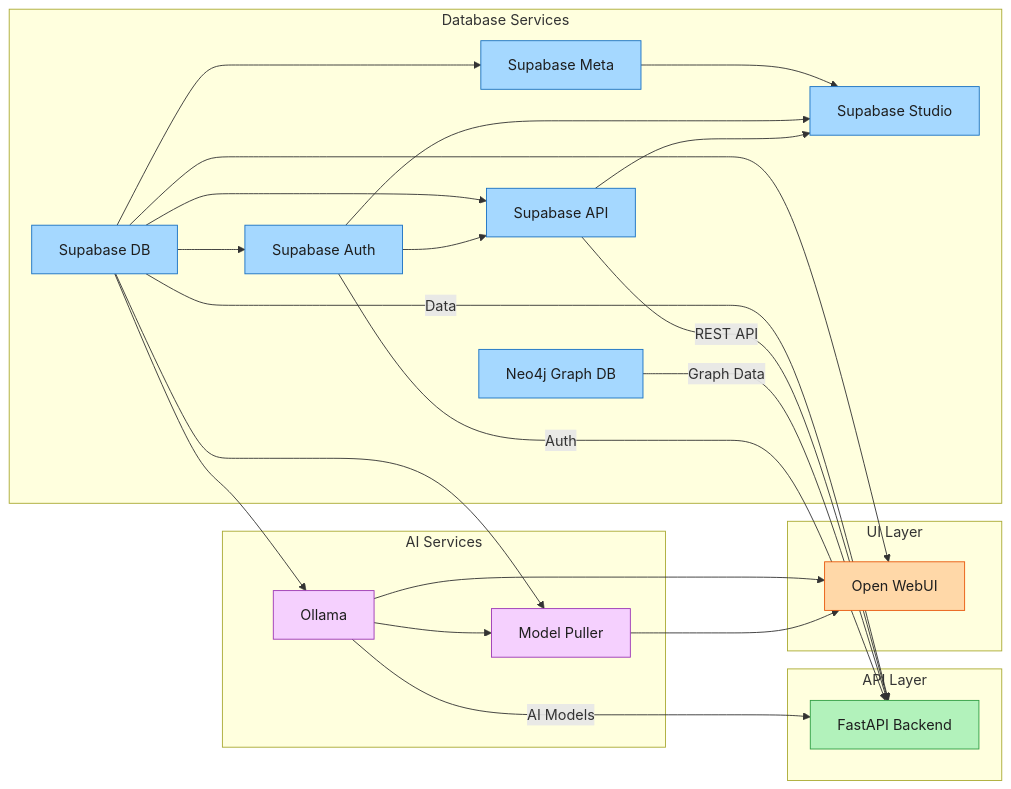
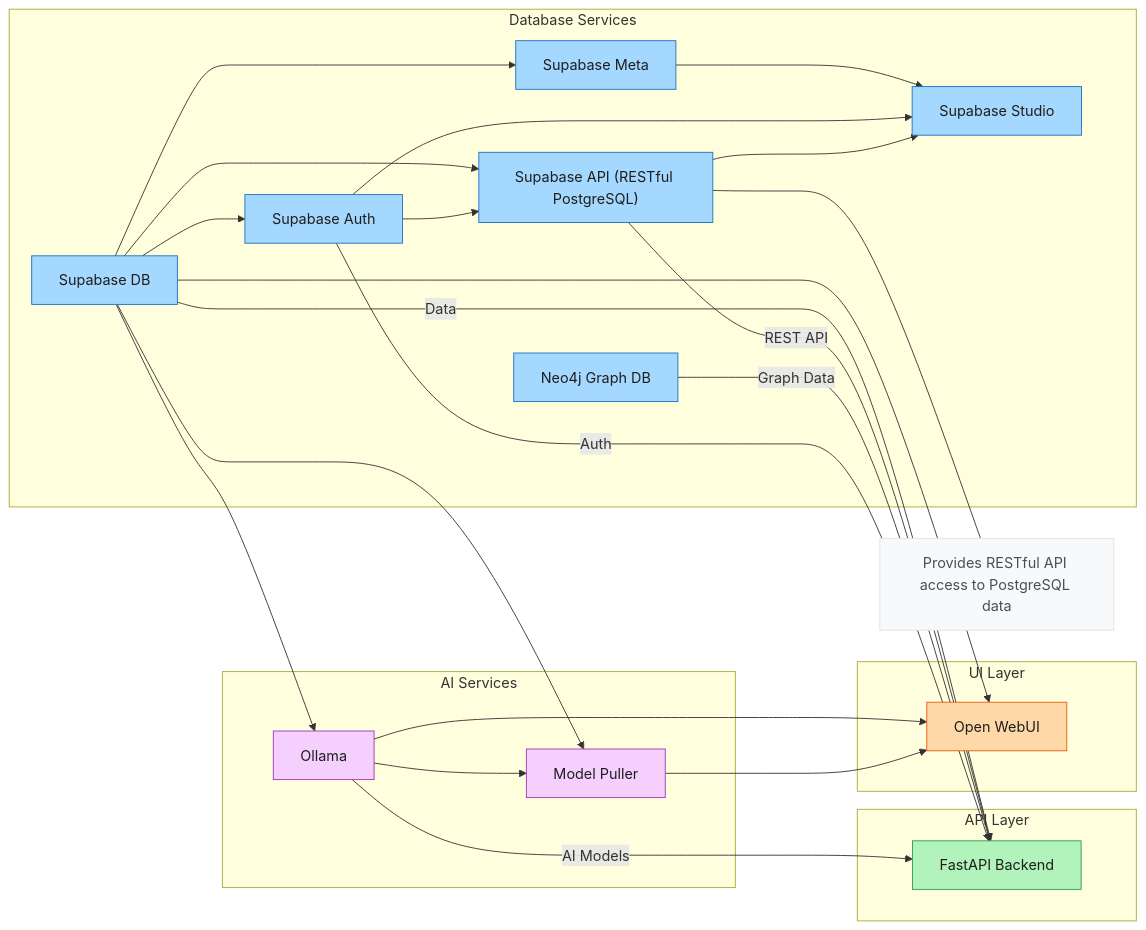
The diagram in docs/diagrams/architecture.mermaid (thekaveh/genai-vanilla), drawn with Mermaid before and after one commit. The commit also changed 8 other files, not shown here.

Commit message:
applies updates for the supabase/api service documentation and env

```diff
--- a/docs/diagrams/architecture.mermaid
+++ b/docs/diagrams/architecture.mermaid
@@ -1,64 +1,67 @@
 graph LR
     %% Define styles
     classDef database fill:#a5d8ff,stroke:#1971c2,color:#1e1e1e
     classDef ai fill:#f5d0fe,stroke:#9c36b5,color:#1e1e1e
     classDef ui fill:#ffd8a8,stroke:#e8590c,color:#1e1e1e
     classDef api fill:#b2f2bb,stroke:#2f9e44,color:#1e1e1e
     
     %% Database Services
     subgraph DB[Database Services]
         supabaseDB[Supabase DB]
         supabaseMeta[Supabase Meta]
         supabaseAuth[Supabase Auth]
-        supabaseAPI[Supabase API]
+        supabaseAPI["Supabase API (RESTful PostgreSQL)"]
         supabaseStudio[Supabase Studio]
         graphDB[Neo4j Graph DB]
     end
+    
+    supabaseAPI --- apiNote[Provides RESTful API access to PostgreSQL data]
+    style apiNote fill:#f8f9fa,stroke:#dee2e6,color:#495057
     
     %% AI Services
     subgraph AI[AI Services]
         ollama[Ollama]
         ollamaPull[Model Puller]
     end
     
     %% API Layer (moved to right side)
     subgraph API[API Layer]
         backendAPI[FastAPI Backend]
     end
     
     %% UI Layer
     subgraph UI[UI Layer]
         openWebUI[Open WebUI]
     end
     
     %% Connections based on docker-compose.yml dependencies
     supabaseDB --> supabaseMeta
     supabaseDB --> supabaseAuth
     supabaseDB --> supabaseAPI
     supabaseAuth --> supabaseAPI
     supabaseMeta --> supabaseStudio
     supabaseAuth --> supabaseStudio
     supabaseAPI --> supabaseStudio
     
     %% Backend dependencies
     supabaseDB -- Data --> backendAPI
     supabaseAPI -- REST API --> backendAPI
     graphDB -- Graph Data --> backendAPI
     ollama -- AI Models --> backendAPI
     supabaseAuth -- Auth --> backendAPI
     
     %% Ollama and related services
     supabaseDB --> ollama
     ollama --> ollamaPull
     supabaseDB --> ollamaPull
     
     %% Open WebUI dependencies
     ollama --> openWebUI
     supabaseDB --> openWebUI
     ollamaPull --> openWebUI
     
     %% Apply styles
     class supabaseDB,supabaseMeta,supabaseAuth,supabaseAPI,supabaseStudio,graphDB database
     class ollama,ollamaPull ai
     class openWebUI ui
     class backendAPI api
```
